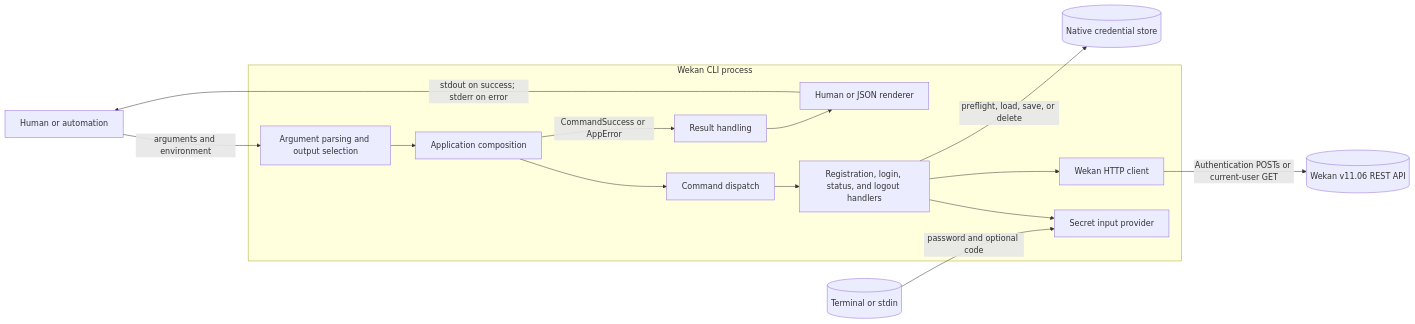
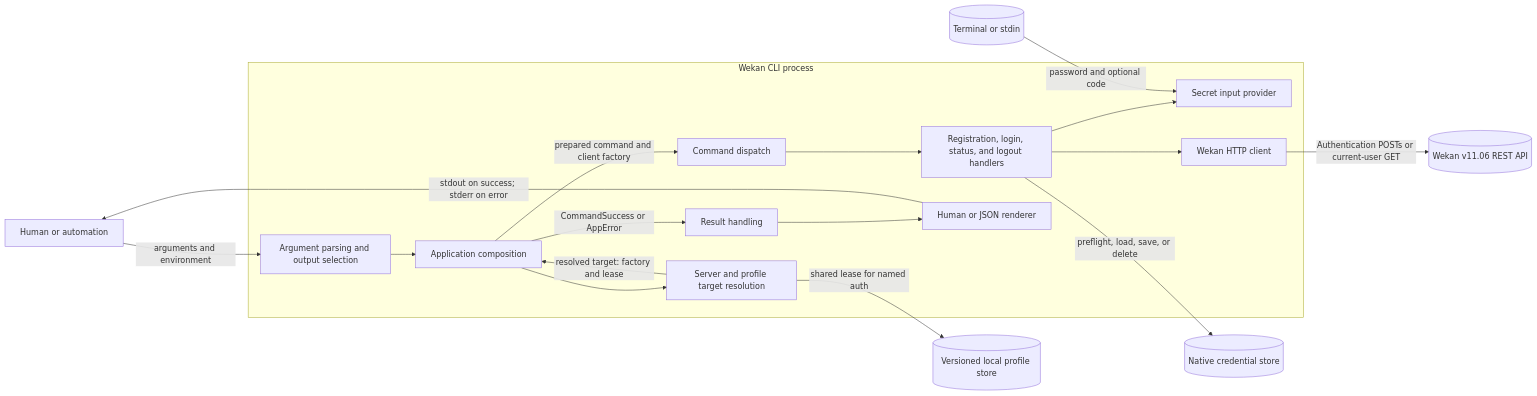
The first of 11 diagrams in docs/auth-architecture.md (AhmedLukman/wekan-cli), drawn with Mermaid before and after one commit. The commit also changed other lines of this file and 35 other files, not shown here.

````diff
--- a/docs/auth-architecture.md
+++ b/docs/auth-architecture.md
@@ -14,32 +15,37 @@
 ```mermaid
 flowchart LR
     caller[Human or automation]
 
     subgraph cli[Wekan CLI process]
         entry[Argument parsing and output selection]
         app[Application composition]
+        resolver[Server and profile target resolution]
         dispatch[Command dispatch]
         handlers[Registration, login, status, and logout handlers]
         secrets[Secret input provider]
         client[Wekan HTTP client]
         result[Result handling]
         output[Human or JSON renderer]
     end
 
     input[(Terminal or stdin)]
     wekan[(Wekan v11.06 REST API)]
     vault[(Native credential store)]
+    profiles[(Versioned local profile store)]
 
     caller -->|arguments and environment| entry
     entry --> app
-    app --> dispatch
+    app --> resolver
+    resolver -->|shared lease for named auth| profiles
+    resolver -->|resolved target: factory and lease| app
+    app -->|prepared command and client factory| dispatch
     dispatch --> handlers
     handlers --> secrets
     input -->|password and optional code| secrets
     handlers --> client
     client -->|Authentication POSTs or current-user GET| wekan
     handlers -->|preflight, load, save, or delete| vault
     app -->|CommandSuccess or AppError| result
     result --> output
     output -->|stdout on success; stderr on error| caller
 ```
````
